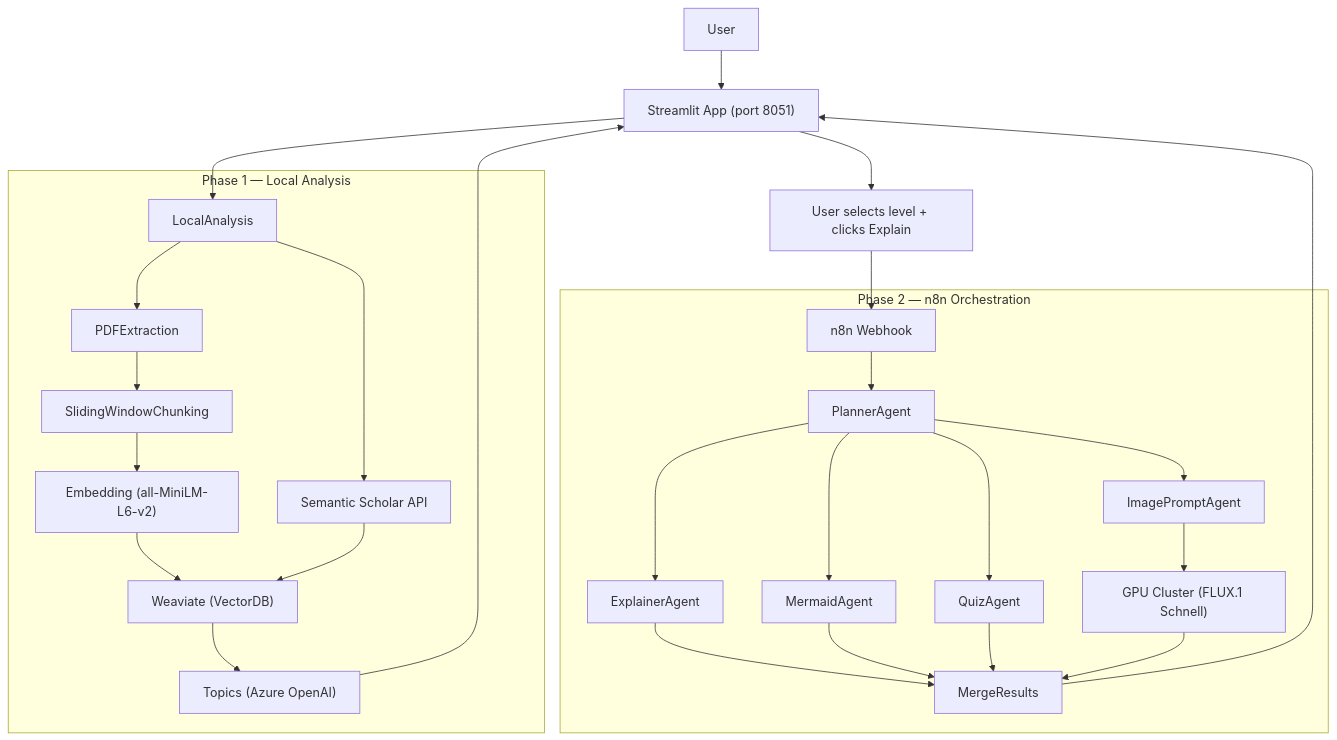
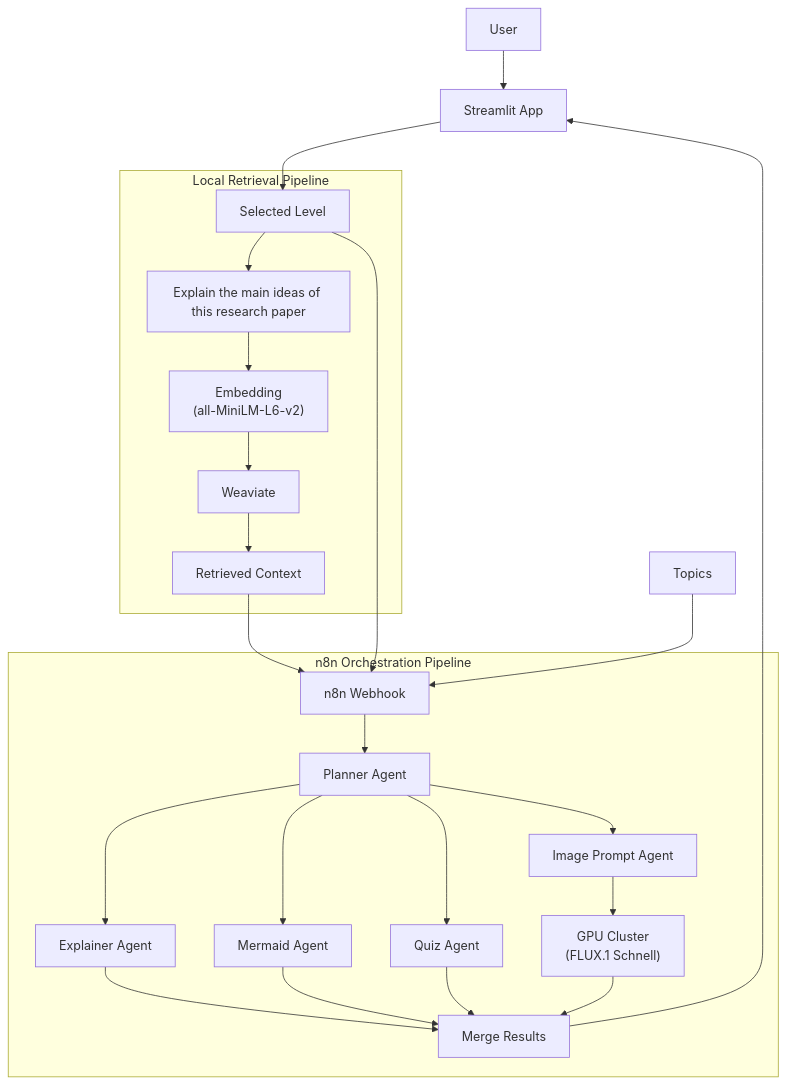
The second of 3 diagrams in README.md (Danispeed/arpx), drawn with Mermaid before and after one commit. The commit also changed other lines of this file, not shown here.

````diff
--- a/README.md
+++ b/README.md
@@ -22,34 +54,57 @@
 ```mermaid
 graph TD
-User[User] --> UI["Streamlit App (port 8051)"]
-UI --> Analyze
 
-subgraph phase1["Phase 1 — Local Analysis"]
-  Analyze[LocalAnalysis] --> Parse[PDFExtraction]
-  Parse --> Chunk[SlidingWindowChunking]
-  Chunk --> Embed["Embedding (all-MiniLM-L6-v2)"]
-  Analyze --> Scholar["Semantic Scholar API"]
-  Embed --> WDB["Weaviate (VectorDB)"]
-  Scholar --> WDB
-  WDB --> Topics["Topics (Azure OpenAI)"]
+User[User] --> UI["Streamlit App"]
+
+subgraph Retrieval["Local Retrieval Pipeline"]
+
+    Level["Selected Level"]
+    Query["Explain the main ideas of this research paper"]
+
+    Level --> Query
+    Query --> QueryEmbed["Embedding<br/>(all-MiniLM-L6-v2)"]
+
+    QueryEmbed --> WDB["Weaviate"]
+    WDB --> Context["Retrieved Context"]
+
 end
 
-Topics --> UI
-UI --> LevelSelect["User selects level + clicks Explain"]
-LevelSelect --> Webhook["n8n Webhook"]
+subgraph N8N["n8n Orchestration Pipeline"]
 
-subgraph phase2["Phase 2 — n8n Orchestration"]
-  Webhook --> Planner[PlannerAgent]
-  Planner --> Explain[ExplainerAgent]
-  Planner --> Diagram[MermaidAgent]
-  Planner --> Quiz[QuizAgent]
-  Planner --> ImgPrompt[ImagePromptAgent]
-  ImgPrompt --> GPU["GPU Cluster (FLUX.1 Schnell)"]
-  Explain --> Merge[MergeResults]
-  Diagram --> Merge
-  Quiz --> Merge
-  GPU --> Merge
+    Webhook["n8n Webhook"]
+
+    Planner["Planner Agent"]
+
+    Explainer["Explainer Agent"]
+    Mermaid["Mermaid Agent"]
+    Quiz["Quiz Agent"]
+    ImgPrompt["Image Prompt Agent"]
+
+    GPU["GPU Cluster<br/>(FLUX.1 Schnell)"]
+
+    Merge["Merge Results"]
+
+    Webhook --> Planner
+
+    Planner --> Explainer
+    Planner --> Mermaid
+    Planner --> Quiz
+    Planner --> ImgPrompt
+
+    ImgPrompt --> GPU
+
+    Explainer --> Merge
+    Mermaid --> Merge
+    Quiz --> Merge
+    GPU --> Merge
+
 end
+
+UI --> Level
+
+Context --> Webhook
+Topics["Topics"] --> Webhook
+Level --> Webhook
 
 Merge --> UI
 ```
````
